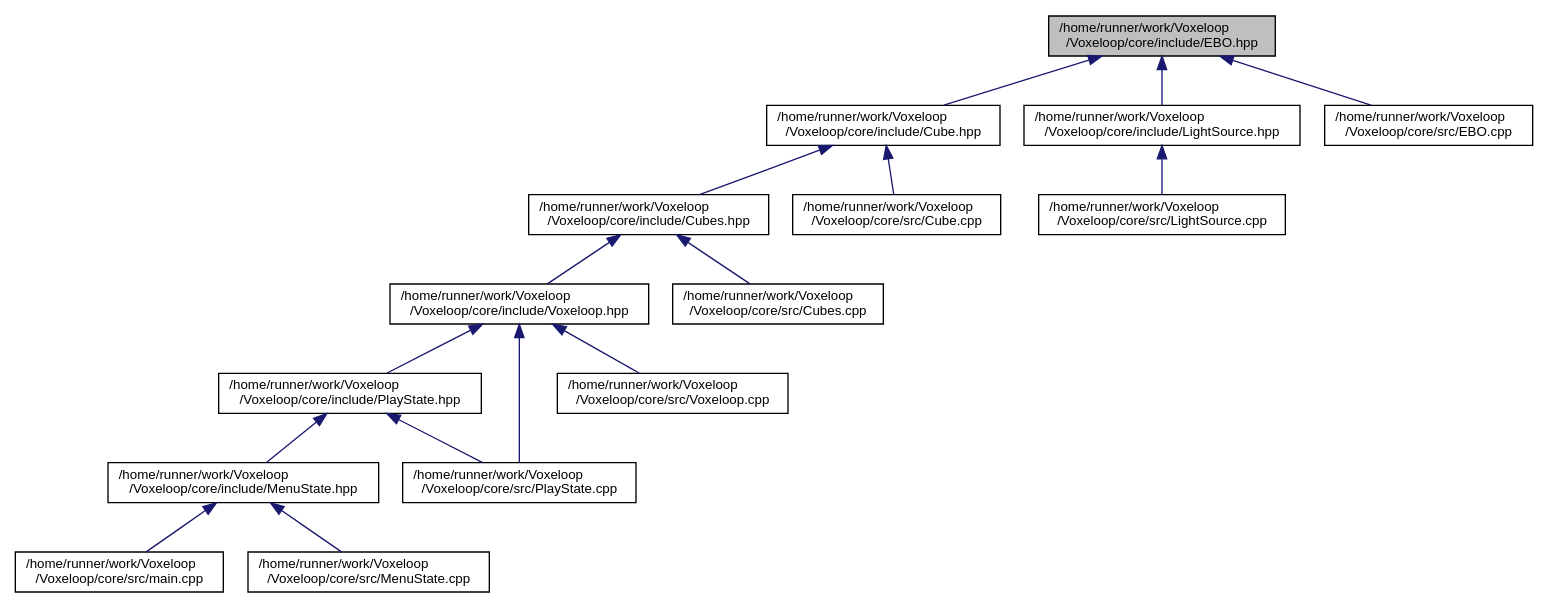
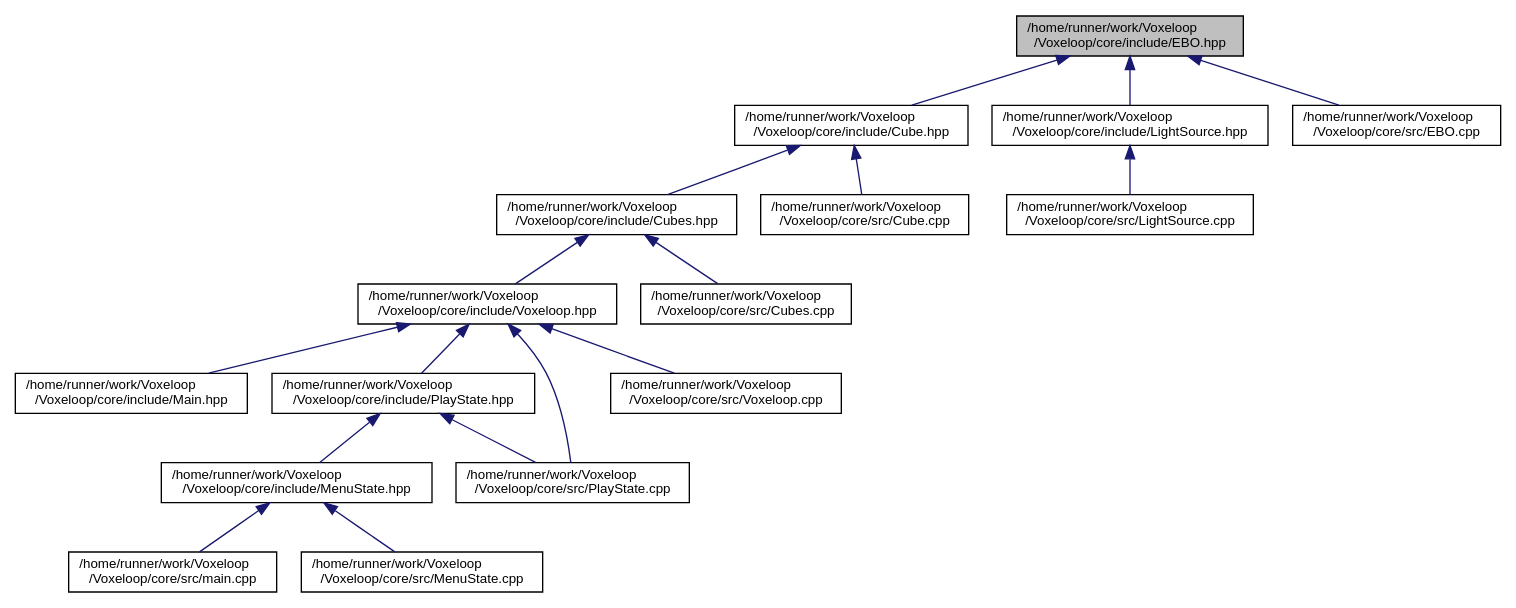
One commit to jarp0l/Voxeloop changed the diagram in docs/EBO_8hpp__dep__incl.dot. Above: the diagram before and after it, drawn with Graphviz. The commit also changed 133 other files, not shown here.

```diff
--- a/docs/EBO_8hpp__dep__incl.dot
+++ b/docs/EBO_8hpp__dep__incl.dot
@@ -1,37 +1,39 @@
 digraph "/home/runner/work/Voxeloop/Voxeloop/core/include/EBO.hpp"
 {
  // INTERACTIVE_SVG=YES
  // LATEX_PDF_SIZE
   edge [fontname="Helvetica",fontsize="10",labelfontname="Helvetica",labelfontsize="10"];
   node [fontname="Helvetica",fontsize="10",shape=record];
   Node1 [label="/home/runner/work/Voxeloop\l/Voxeloop/core/include/EBO.hpp",height=0.2,width=0.4,color="black", fillcolor="grey75", style="filled", fontcolor="black",tooltip=" "];
   Node1 -> Node2 [dir="back",color="midnightblue",fontsize="10",style="solid",fontname="Helvetica"];
   Node2 [label="/home/runner/work/Voxeloop\l/Voxeloop/core/include/Cube.hpp",height=0.2,width=0.4,color="black", fillcolor="white", style="filled",URL="$Cube_8hpp.html",tooltip=" "];
   Node2 -> Node3 [dir="back",color="midnightblue",fontsize="10",style="solid",fontname="Helvetica"];
   Node3 [label="/home/runner/work/Voxeloop\l/Voxeloop/core/include/Cubes.hpp",height=0.2,width=0.4,color="black", fillcolor="white", style="filled",URL="$Cubes_8hpp.html",tooltip=" "];
   Node3 -> Node4 [dir="back",color="midnightblue",fontsize="10",style="solid",fontname="Helvetica"];
   Node4 [label="/home/runner/work/Voxeloop\l/Voxeloop/core/include/Voxeloop.hpp",height=0.2,width=0.4,color="black", fillcolor="white", style="filled",URL="$Voxeloop_8hpp.html",tooltip=" "];
   Node4 -> Node5 [dir="back",color="midnightblue",fontsize="10",style="solid",fontname="Helvetica"];
-  Node5 [label="/home/runner/work/Voxeloop\l/Voxeloop/core/include/PlayState.hpp",height=0.2,width=0.4,color="black", fillcolor="white", style="filled",URL="$PlayState_8hpp.html",tooltip=" "];
-  Node5 -> Node6 [dir="back",color="midnightblue",fontsize="10",style="solid",fontname="Helvetica"];
-  Node6 [label="/home/runner/work/Voxeloop\l/Voxeloop/core/include/MenuState.hpp",height=0.2,width=0.4,color="black", fillcolor="white", style="filled",URL="$MenuState_8hpp.html",tooltip=" "];
+  Node5 [label="/home/runner/work/Voxeloop\l/Voxeloop/core/include/Main.hpp",height=0.2,width=0.4,color="black", fillcolor="white", style="filled",URL="$Main_8hpp.html",tooltip=" "];
+  Node4 -> Node6 [dir="back",color="midnightblue",fontsize="10",style="solid",fontname="Helvetica"];
+  Node6 [label="/home/runner/work/Voxeloop\l/Voxeloop/core/include/PlayState.hpp",height=0.2,width=0.4,color="black", fillcolor="white", style="filled",URL="$PlayState_8hpp.html",tooltip=" "];
   Node6 -> Node7 [dir="back",color="midnightblue",fontsize="10",style="solid",fontname="Helvetica"];
-  Node7 [label="/home/runner/work/Voxeloop\l/Voxeloop/core/src/main.cpp",height=0.2,width=0.4,color="black", fillcolor="white", style="filled",URL="$main_8cpp.html",tooltip=" "];
-  Node6 -> Node8 [dir="back",color="midnightblue",fontsize="10",style="solid",fontname="Helvetica"];
-  Node8 [label="/home/runner/work/Voxeloop\l/Voxeloop/core/src/MenuState.cpp",height=0.2,width=0.4,color="black", fillcolor="white", style="filled",URL="$MenuState_8cpp.html",tooltip=" "];
-  Node5 -> Node9 [dir="back",color="midnightblue",fontsize="10",style="solid",fontname="Helvetica"];
-  Node9 [label="/home/runner/work/Voxeloop\l/Voxeloop/core/src/PlayState.cpp",height=0.2,width=0.4,color="black", fillcolor="white", style="filled",URL="$PlayState_8cpp.html",tooltip=" "];
-  Node4 -> Node9 [dir="back",color="midnightblue",fontsize="10",style="solid",fontname="Helvetica"];
+  Node7 [label="/home/runner/work/Voxeloop\l/Voxeloop/core/include/MenuState.hpp",height=0.2,width=0.4,color="black", fillcolor="white", style="filled",URL="$MenuState_8hpp.html",tooltip=" "];
+  Node7 -> Node8 [dir="back",color="midnightblue",fontsize="10",style="solid",fontname="Helvetica"];
+  Node8 [label="/home/runner/work/Voxeloop\l/Voxeloop/core/src/main.cpp",height=0.2,width=0.4,color="black", fillcolor="white", style="filled",URL="$main_8cpp.html",tooltip=" "];
+  Node7 -> Node9 [dir="back",color="midnightblue",fontsize="10",style="solid",fontname="Helvetica"];
+  Node9 [label="/home/runner/work/Voxeloop\l/Voxeloop/core/src/MenuState.cpp",height=0.2,width=0.4,color="black", fillcolor="white", style="filled",URL="$MenuState_8cpp.html",tooltip=" "];
+  Node6 -> Node10 [dir="back",color="midnightblue",fontsize="10",style="solid",fontname="Helvetica"];
+  Node10 [label="/home/runner/work/Voxeloop\l/Voxeloop/core/src/PlayState.cpp",height=0.2,width=0.4,color="black", fillcolor="white", style="filled",URL="$PlayState_8cpp.html",tooltip=" "];
   Node4 -> Node10 [dir="back",color="midnightblue",fontsize="10",style="solid",fontname="Helvetica"];
-  Node10 [label="/home/runner/work/Voxeloop\l/Voxeloop/core/src/Voxeloop.cpp",height=0.2,width=0.4,color="black", fillcolor="white", style="filled",URL="$Voxeloop_8cpp.html",tooltip=" "];
-  Node3 -> Node11 [dir="back",color="midnightblue",fontsize="10",style="solid",fontname="Helvetica"];
-  Node11 [label="/home/runner/work/Voxeloop\l/Voxeloop/core/src/Cubes.cpp",height=0.2,width=0.4,color="black", fillcolor="white", style="filled",URL="$Cubes_8cpp.html",tooltip=" "];
-  Node2 -> Node12 [dir="back",color="midnightblue",fontsize="10",style="solid",fontname="Helvetica"];
-  Node12 [label="/home/runner/work/Voxeloop\l/Voxeloop/core/src/Cube.cpp",height=0.2,width=0.4,color="black", fillcolor="white", style="filled",URL="$Cube_8cpp.html",tooltip=" "];
-  Node1 -> Node13 [dir="back",color="midnightblue",fontsize="10",style="solid",fontname="Helvetica"];
-  Node13 [label="/home/runner/work/Voxeloop\l/Voxeloop/core/include/LightSource.hpp",height=0.2,width=0.4,color="black", fillcolor="white", style="filled",URL="$LightSource_8hpp.html",tooltip=" "];
-  Node13 -> Node14 [dir="back",color="midnightblue",fontsize="10",style="solid",fontname="Helvetica"];
-  Node14 [label="/home/runner/work/Voxeloop\l/Voxeloop/core/src/LightSource.cpp",height=0.2,width=0.4,color="black", fillcolor="white", style="filled",URL="$LightSource_8cpp.html",tooltip=" "];
-  Node1 -> Node15 [dir="back",color="midnightblue",fontsize="10",style="solid",fontname="Helvetica"];
-  Node15 [label="/home/runner/work/Voxeloop\l/Voxeloop/core/src/EBO.cpp",height=0.2,width=0.4,color="black", fillcolor="white", style="filled",URL="$EBO_8cpp.html",tooltip=" "];
+  Node4 -> Node11 [dir="back",color="midnightblue",fontsize="10",style="solid",fontname="Helvetica"];
+  Node11 [label="/home/runner/work/Voxeloop\l/Voxeloop/core/src/Voxeloop.cpp",height=0.2,width=0.4,color="black", fillcolor="white", style="filled",URL="$Voxeloop_8cpp.html",tooltip=" "];
+  Node3 -> Node12 [dir="back",color="midnightblue",fontsize="10",style="solid",fontname="Helvetica"];
+  Node12 [label="/home/runner/work/Voxeloop\l/Voxeloop/core/src/Cubes.cpp",height=0.2,width=0.4,color="black", fillcolor="white", style="filled",URL="$Cubes_8cpp.html",tooltip=" "];
+  Node2 -> Node13 [dir="back",color="midnightblue",fontsize="10",style="solid",fontname="Helvetica"];
+  Node13 [label="/home/runner/work/Voxeloop\l/Voxeloop/core/src/Cube.cpp",height=0.2,width=0.4,color="black", fillcolor="white", style="filled",URL="$Cube_8cpp.html",tooltip=" "];
+  Node1 -> Node14 [dir="back",color="midnightblue",fontsize="10",style="solid",fontname="Helvetica"];
+  Node14 [label="/home/runner/work/Voxeloop\l/Voxeloop/core/include/LightSource.hpp",height=0.2,width=0.4,color="black", fillcolor="white", style="filled",URL="$LightSource_8hpp.html",tooltip=" "];
+  Node14 -> Node15 [dir="back",color="midnightblue",fontsize="10",style="solid",fontname="Helvetica"];
+  Node15 [label="/home/runner/work/Voxeloop\l/Voxeloop/core/src/LightSource.cpp",height=0.2,width=0.4,color="black", fillcolor="white", style="filled",URL="$LightSource_8cpp.html",tooltip=" "];
+  Node1 -> Node16 [dir="back",color="midnightblue",fontsize="10",style="solid",fontname="Helvetica"];
+  Node16 [label="/home/runner/work/Voxeloop\l/Voxeloop/core/src/EBO.cpp",height=0.2,width=0.4,color="black", fillcolor="white", style="filled",URL="$EBO_8cpp.html",tooltip=" "];
 }
```
